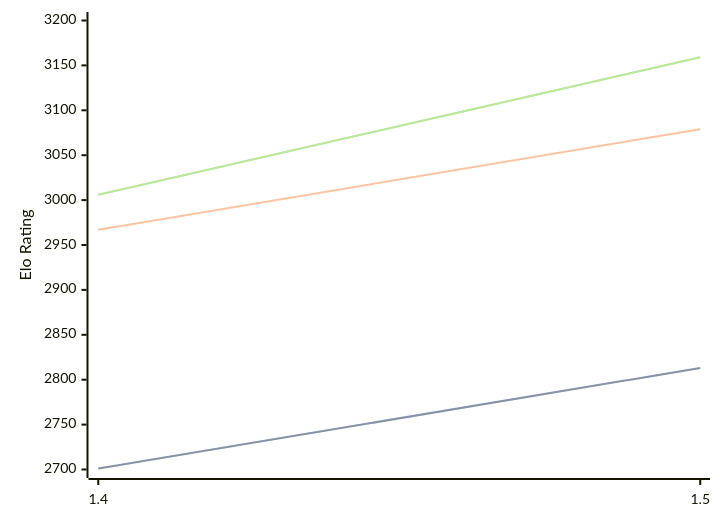
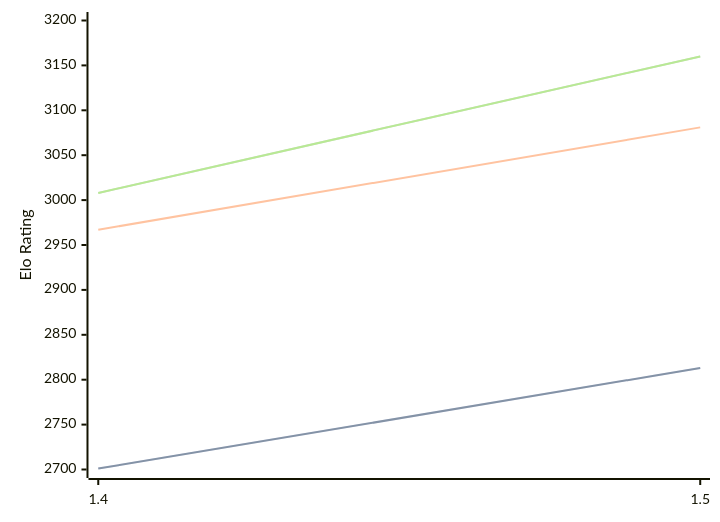
Before and after one commit to computer-chess-index/cci: the diagram in engines/Yakka.md, drawn with Mermaid. The commit also changed other lines of this file, not shown here.

Commit message:
Update CCI Ratings (ELO VLTC) - 2026-05-12

````diff
--- a/engines/Yakka.md
+++ b/engines/Yakka.md
@@ -36,11 +36,11 @@
 ```mermaid
 %%{init: {"theme":"base","themeVariables":{"seriesColors:['#a3a3a3','#222221','#faa371']}}}%%
 xychart-beta
   x-axis ["1.4", "1.5"]
   y-axis "Elo Rating" 2700 --> 3200
   line "STC (8.0+0.08s)" [2701, 2813]
   line "STC (8.0+0.08s)" [2701, 2813]
-  line "LTC (60.0+0.60s)" [2967, 3079]
-  line "VLTC (2m24s+1.12s)" [3006, 3159]
-  line "VLTC (2m24s+1.12s)" [3006, 3159]
+  line "LTC (60.0+0.60s)" [2967, 3081]
+  line "VLTC (2m24s+1.12s)" [3008, 3160]
+  line "VLTC (2m24s+1.12s)" [3008, 3160]
 ```
````
